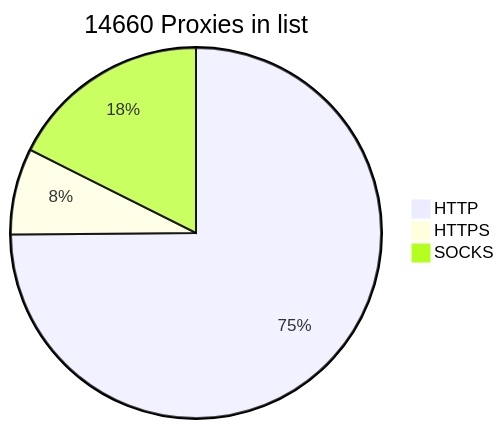
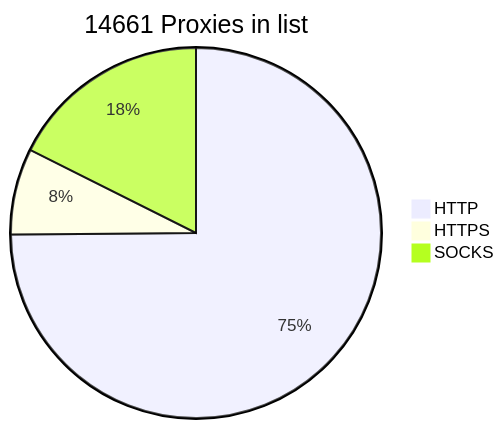
The diagram in README.md (BlackSnowDot/proxylist-update-every-minute), drawn with Mermaid before and after one commit.

````diff
--- a/README.md
+++ b/README.md
@@ -2,6 +2,6 @@
 ```mermaid
-pie title 14660 Proxies in list
+pie title 14661 Proxies in list
     "HTTP" : 11191
     "HTTPS": 1126
-    "SOCKS" : 2630
+    "SOCKS" : 2631
 ```
````
